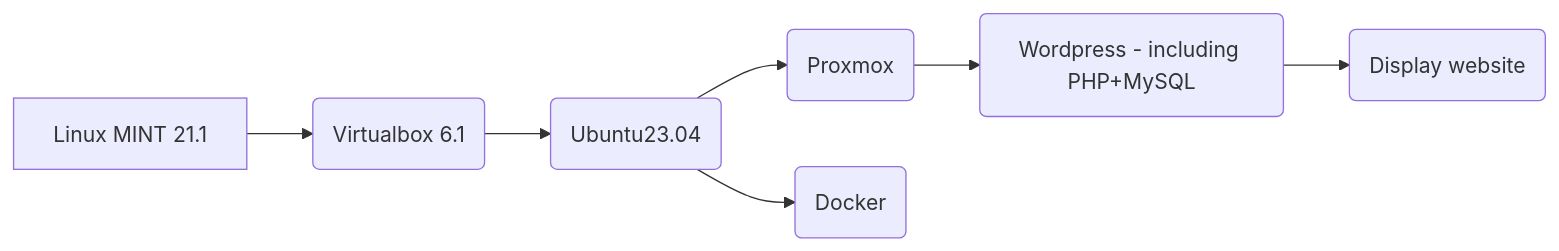
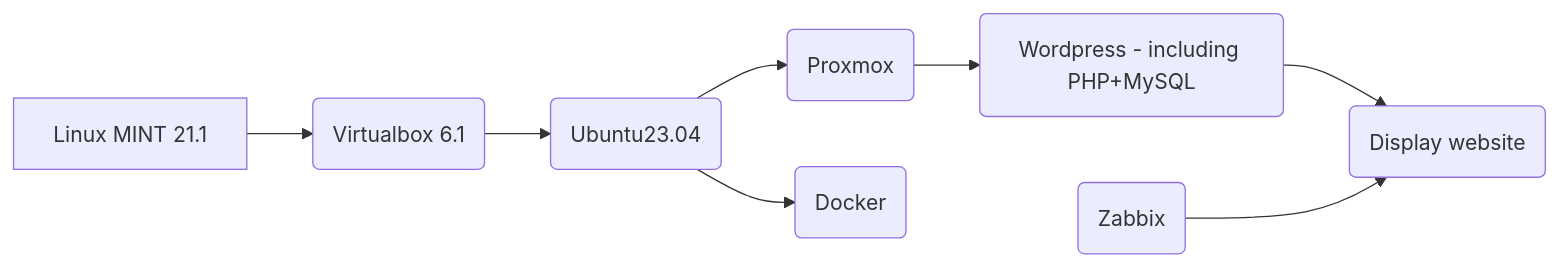
One commit to DanyAAD90/DevOps_junior_Wordpress changed the diagram in Project.md. Above: the diagram before and after it, drawn with Mermaid.

````diff
--- a/Project.md
+++ b/Project.md
@@ -3,9 +3,10 @@
 ```mermaid
 graph LR
 A[Linux MINT 21.1] --> B(Virtualbox 6.1)
 B --> C(Ubuntu23.04)
 C --> D(Proxmox)
 D --> E(Wordpress - including PHP+MySQL)
 E --> G(Display website)
 C --> F(Docker)
+H(Zabbix) --> G
 ```
````
